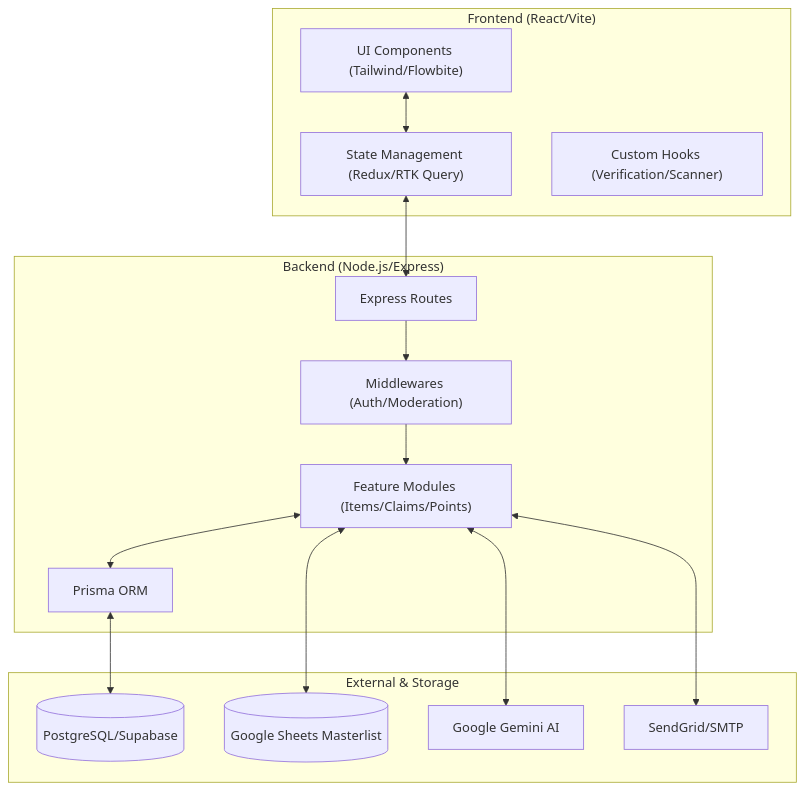
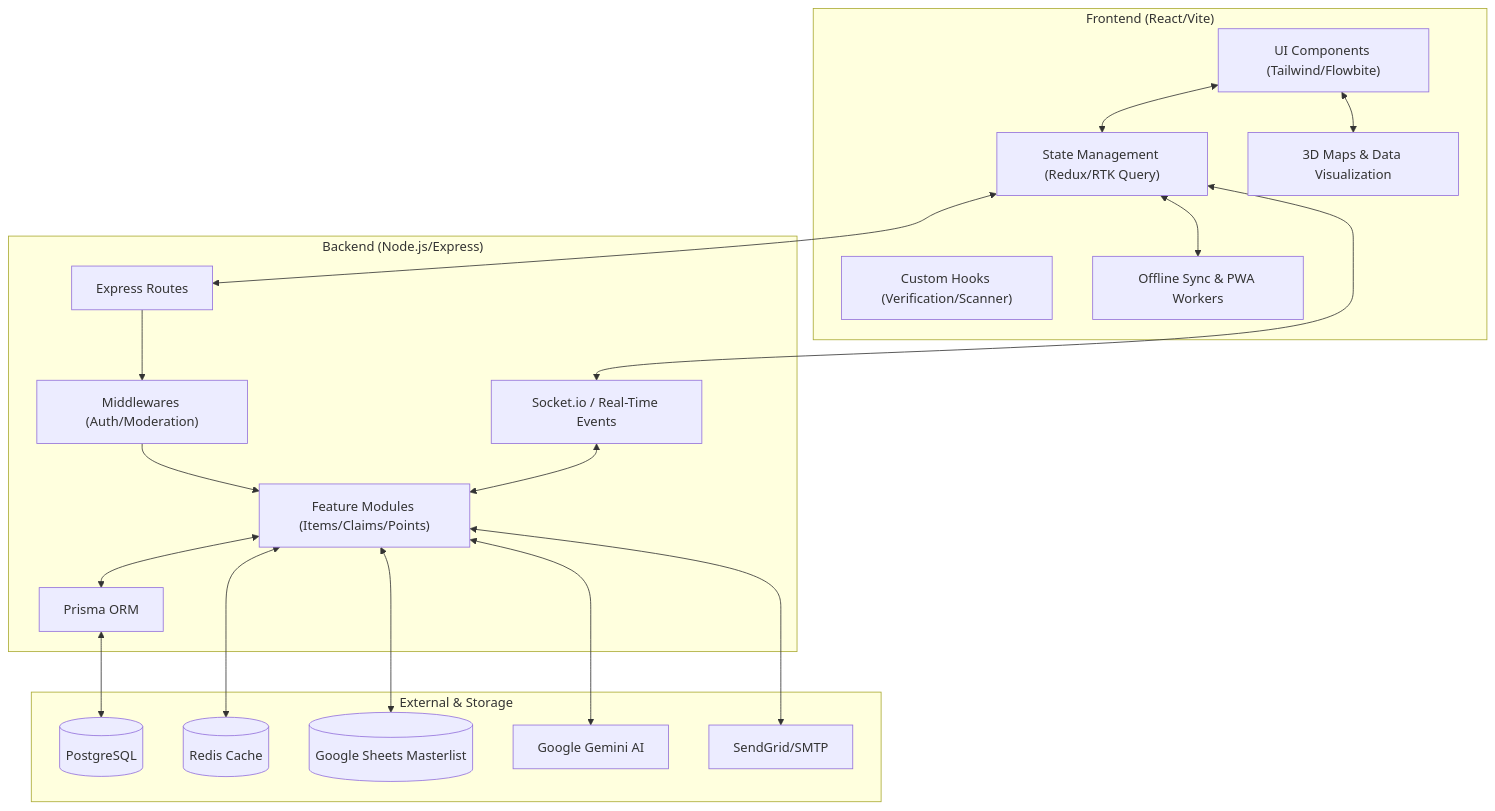
The first of 2 diagrams in README.md (Giancyril/Lost-and-Found), drawn with Mermaid before and after one commit. The commit also changed other lines of this file, not shown here.

Commit message:
docs: update system architecture and module dependencies
- Updated the System Architecture Mermaid diagram to include new components like Redis Cache, Socket.io, Offline Sync, and 3D Maps.
- Updated the Module Dependency Mermaid diagram to map the dependencies for Predictive AI, the AI Chatbot Concierge, Offline Background Sync, and 3D Building Heatmaps.

````diff
--- a/README.md
+++ b/README.md
@@ -232,32 +232,41 @@
 ```mermaid
 graph TD
     subgraph Client ["Frontend (React/Vite)"]
         UI["UI Components (Tailwind/Flowbite)"]
         State["State Management (Redux/RTK Query)"]
         Hooks["Custom Hooks (Verification/Scanner)"]
+        Offline["Offline Sync & PWA Workers"]
+        Maps["3D Maps & Data Visualization"]
     end
 
     subgraph Server ["Backend (Node.js/Express)"]
         Routes["Express Routes"]
         Middle["Middlewares (Auth/Moderation)"]
+        Sockets["Socket.io / Real-Time Events"]
         Modules["Feature Modules (Items/Claims/Points)"]
         Prisma["Prisma ORM"]
     end
 
     subgraph Storage ["External & Storage"]
-        DB[(PostgreSQL/Supabase)]
+        DB[(PostgreSQL)]
+        Redis[(Redis Cache)]
         Sheets[(Google Sheets Masterlist)]
         AI[Google Gemini AI]
         Mail[SendGrid/SMTP]
     end
 
     UI <--> State
+    State <--> Offline
+    UI <--> Maps
     State <--> Routes
+    State <--> Sockets
     Routes --> Middle
     Middle --> Modules
+    Sockets <--> Modules
     Modules <--> Prisma
     Prisma <--> DB
+    Modules <--> Redis
     Modules <--> Sheets
     Modules <--> AI
     Modules <--> Mail
 ```
````
